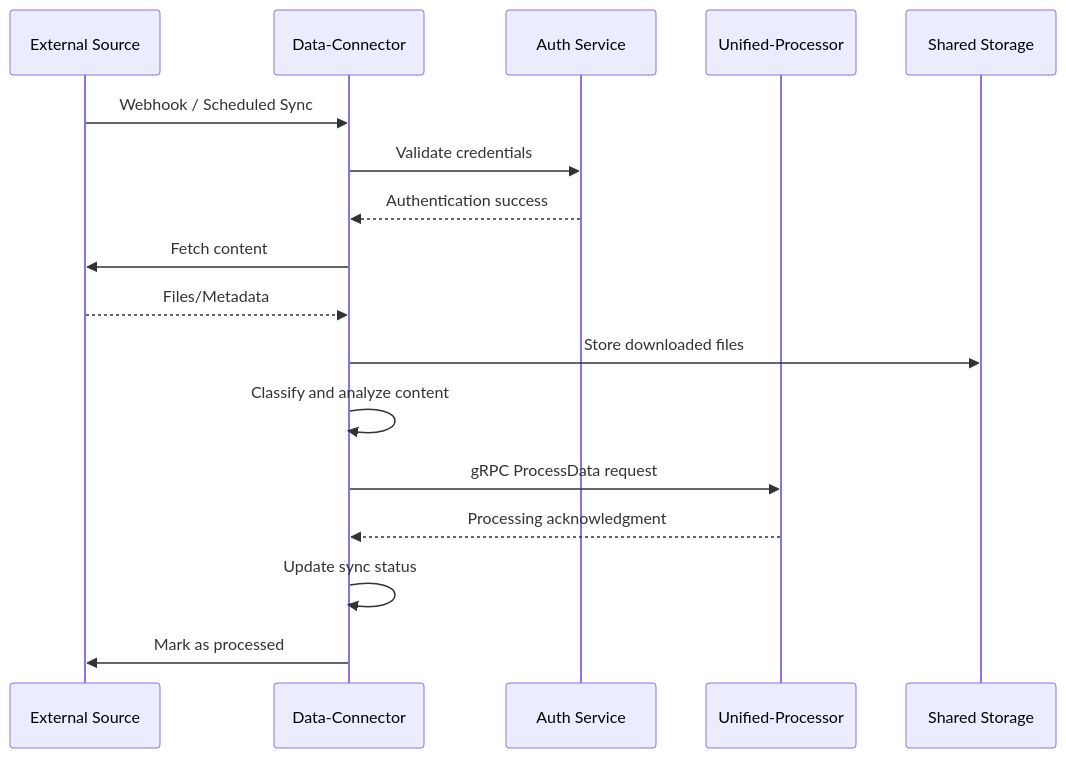
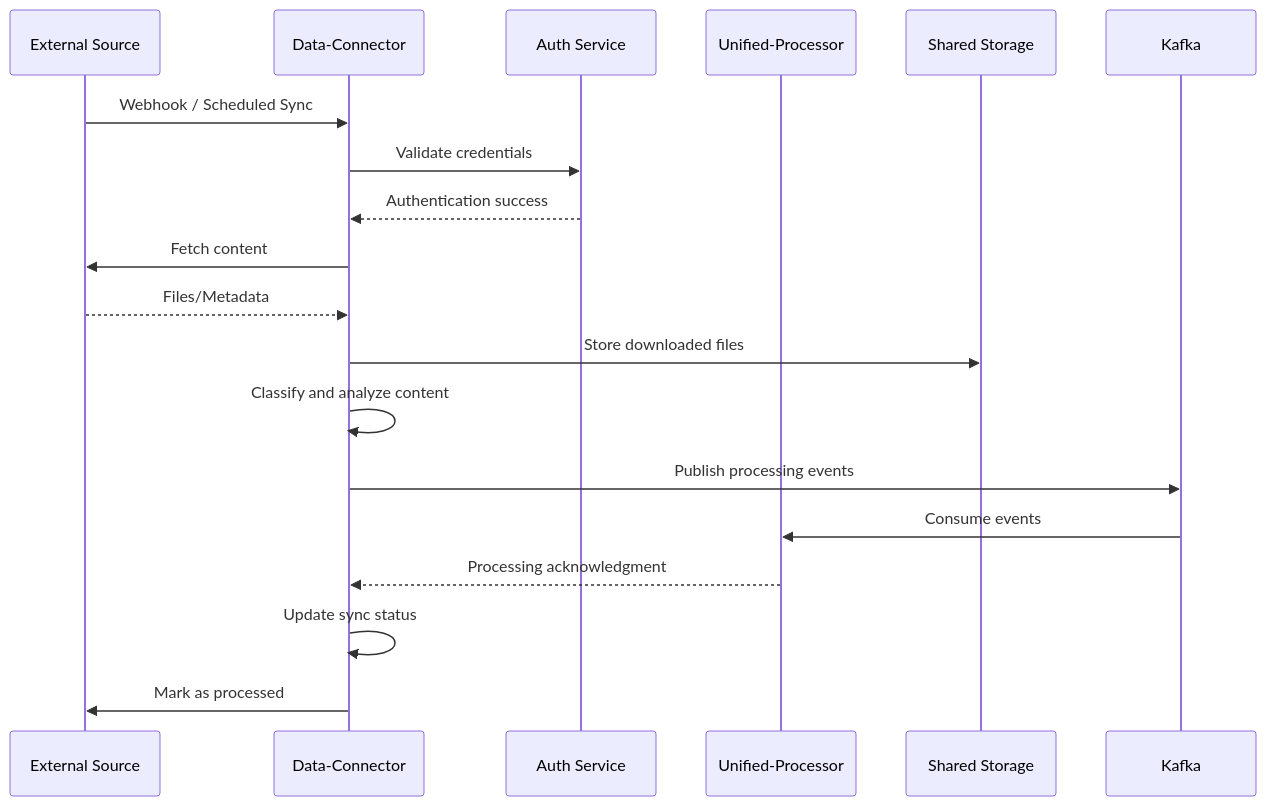
The second of 2 diagrams in docs/index.md (KogSector/repo-data-con), drawn with Mermaid before and after one commit. The commit also changed other lines of this file and 9 other files, not shown here.

````diff
--- a/docs/index.md
+++ b/docs/index.md
@@ -568,24 +539,25 @@
 ```mermaid
 sequenceDiagram
     participant Source as External Source
     participant DC as Data-Connector
     participant Auth as Auth Service
     participant UP as Unified-Processor
     participant Storage as Shared Storage
     
     Source->>DC: Webhook / Scheduled Sync
     DC->>Auth: Validate credentials
     Auth-->>DC: Authentication success
     
     DC->>Source: Fetch content
     Source-->>DC: Files/Metadata
     
     DC->>Storage: Store downloaded files
     DC->>DC: Classify and analyze content
     
-    DC->>UP: gRPC ProcessData request
+    DC->>Kafka: Publish processing events
+    Kafka->>UP: Consume events
     UP-->>DC: Processing acknowledgment
     
     DC->>DC: Update sync status
     DC->>Source: Mark as processed
 ```
````
